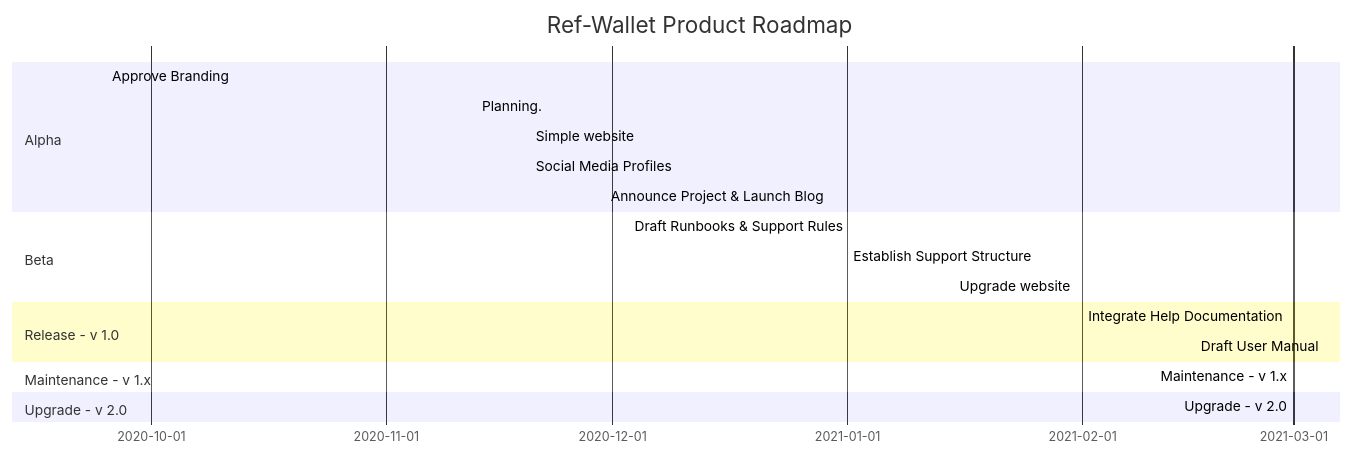
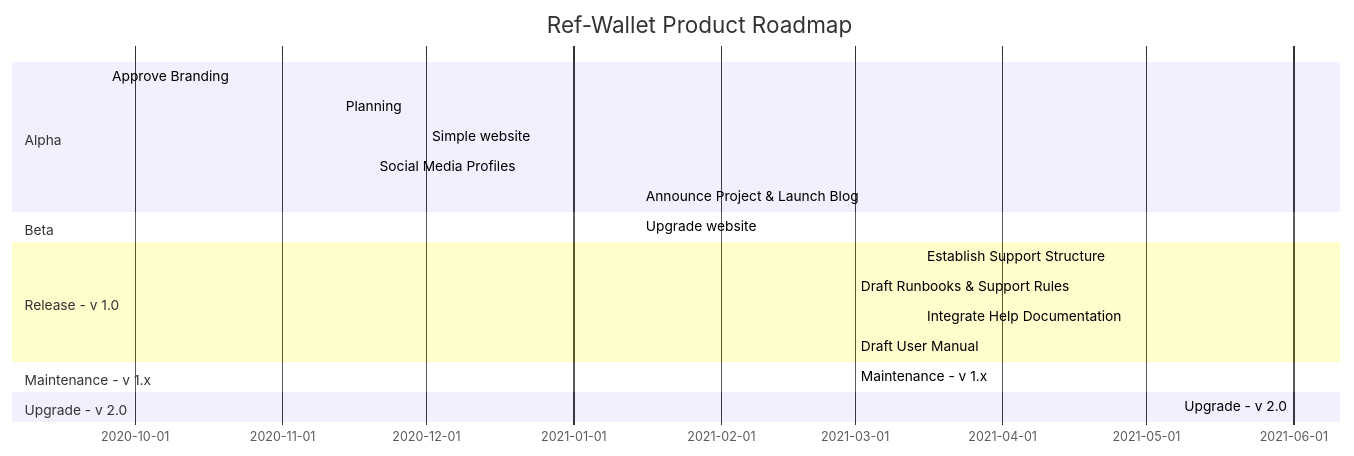
One commit to trilitech/umami-v1 changed the diagram in docs/operative/product_plan.md. Above: the diagram before and after it, drawn with Mermaid. The commit also changed other lines of this file, not shown here.

````diff
--- a/docs/operative/product_plan.md
+++ b/docs/operative/product_plan.md
@@ -40,21 +40,21 @@
 ```mermaid
 gantt
     title Ref-Wallet Product Roadmap
     section Alpha
-    Approve Branding                                  :active, 2020-09-25, 2020-11-13
-    Planning.                                         :active, 2020-11-13, 2020-11-20
-    Simple website                                    :active, 2020-11-20, 2020-11-30
-    Social Media Profiles                             :active, 2020-11-20, 2020-11-30
-    Announce Project & Launch Blog                    :active, 2020-11-30, 2020-11-30
+    Approve Branding                                  :done  , 2020-09-25, 2021-01-13
+    Planning                                          :done  , 2020-11-13, 2020-11-20
+    Simple website                                    :done  , 2020-12-01, 2020-12-30
+    Social Media Profiles                             :done  , 2020-11-20, 2020-11-30
+    Announce Project & Launch Blog                    :done  , 2021-01-15, 2021-01-31
     section Beta
-    Draft Runbooks & Support Rules                    :active, 2020-12-03, 2020-12-30
-    Establish Support Structure                       :active, 2021-01-01, 2021-01-31
-    Upgrade website                                   :active, 2021-01-15, 2021-01-31
+    Upgrade website                                   :done  , 2021-01-15, 2021-01-31
     section Release - v 1.0
-    Integrate Help Documentation                      :active, 2021-02-01, 2021-02-15
-    Draft User Manual                                 :active, 2021-02-16, 2021-03-01
+    Establish Support Structure                       :active, 2021-03-15, 2021-03-31
+    Draft Runbooks & Support Rules                    :active, 2021-03-01, 2021-03-30
+    Integrate Help Documentation                      :active, 2021-03-15, 2021-03-30
+    Draft User Manual                                 :active, 2021-03-01, 2021-04-01
     section Maintenance - v 1.x
     Maintenance - v 1.x                               :active, 2021-03-01, 2021-06-01
     section Upgrade - v 2.0
-    Upgrade - v 2.0                                   :active, 2021-03-01, 2021-06-01
+    Upgrade - v 2.0                                   :active, 2021-06-01, 2021-09-01
 ```
````
